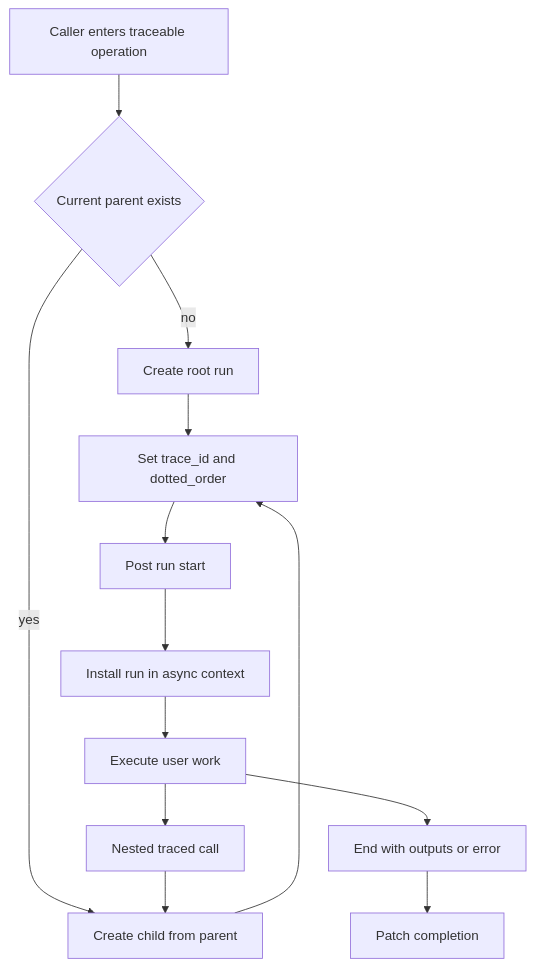
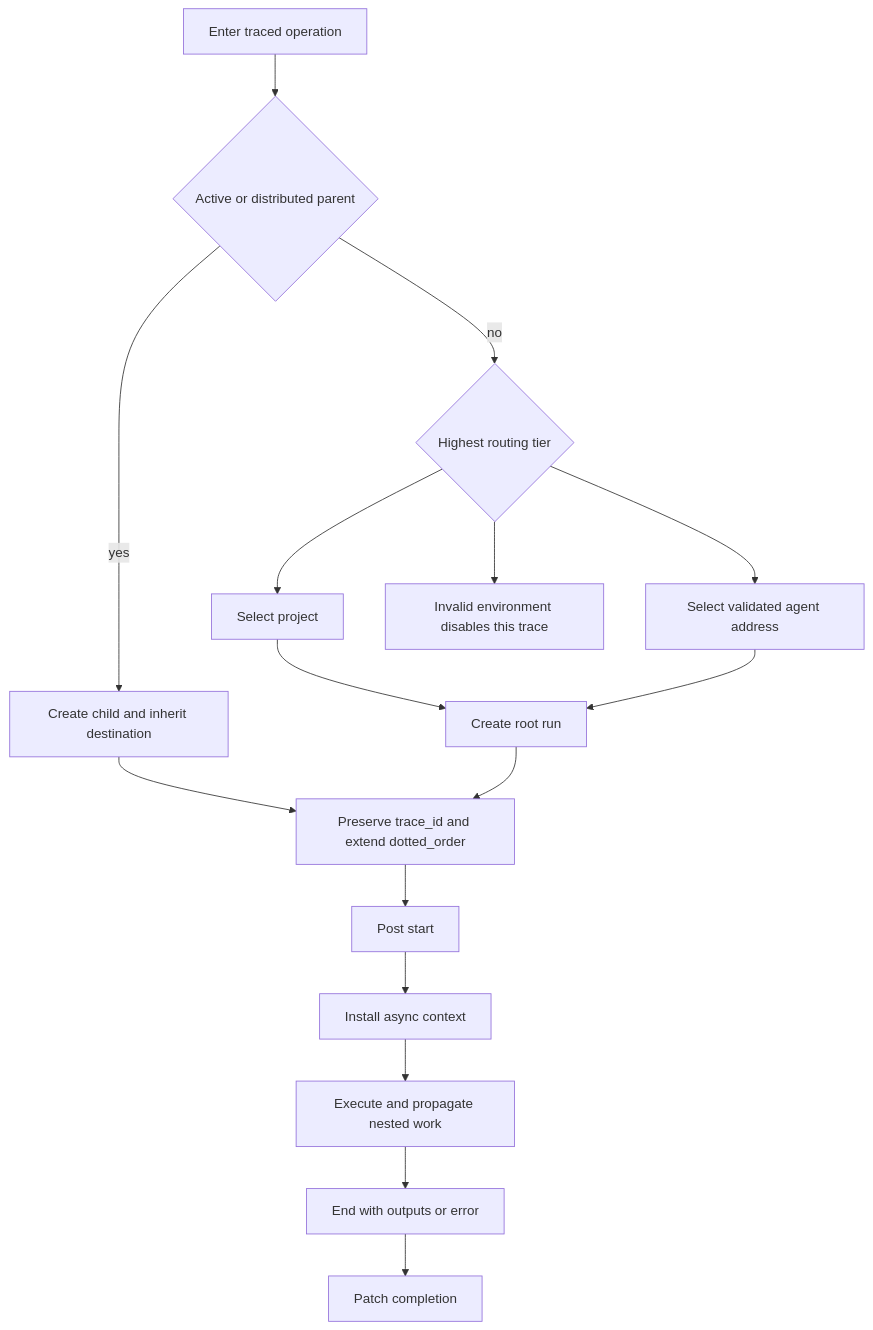
The diagram in openwiki/concepts/run-tree-and-context.md (langchain-ai/langsmith-sdk), drawn with Mermaid before and after one commit. The commit also changed other lines of this file and 30 other files, not shown here.

````diff
--- a/openwiki/concepts/run-tree-and-context.md
+++ b/openwiki/concepts/run-tree-and-context.md
@@ -87,15 +106,18 @@
 ```mermaid
 flowchart TD
-    Caller["Caller enters traceable operation"] --> Parent{"Current parent exists"}
-    Parent -->|no| Root["Create root run"]
-    Parent -->|yes| Child["Create child from parent"]
-    Root --> Identity["Set trace_id and dotted_order"]
-    Child --> Identity
-    Identity --> Start["Post run start"]
-    Start --> Context["Install run in async context"]
-    Context --> Work["Execute user work"]
-    Work --> Nested["Nested traced call"]
-    Nested --> Child
+    Caller["Enter traced operation"] --> Parent{"Active or distributed parent"}
+    Parent -->|yes| Child["Create child and inherit destination"]
+    Parent -->|no| Select{"Highest routing tier"}
+    Select --> Project["Select project"]
+    Select --> Address["Select validated agent address"]
+    Select --> Bad["Invalid environment disables this trace"]
+    Project --> Root["Create root run"]
+    Address --> Root
+    Child --> Identity["Preserve trace_id and extend dotted_order"]
+    Root --> Identity
+    Identity --> Start["Post start"]
+    Start --> Context["Install async context"]
+    Context --> Work["Execute and propagate nested work"]
     Work --> Finish["End with outputs or error"]
     Finish --> Patch["Patch completion"]
 ```
````
